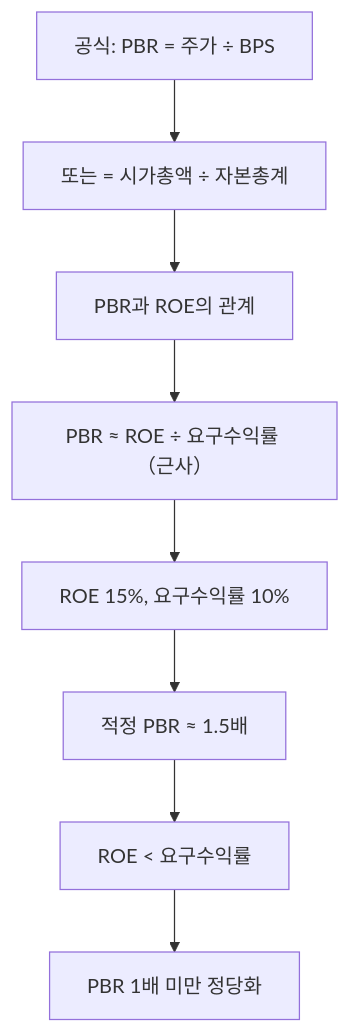
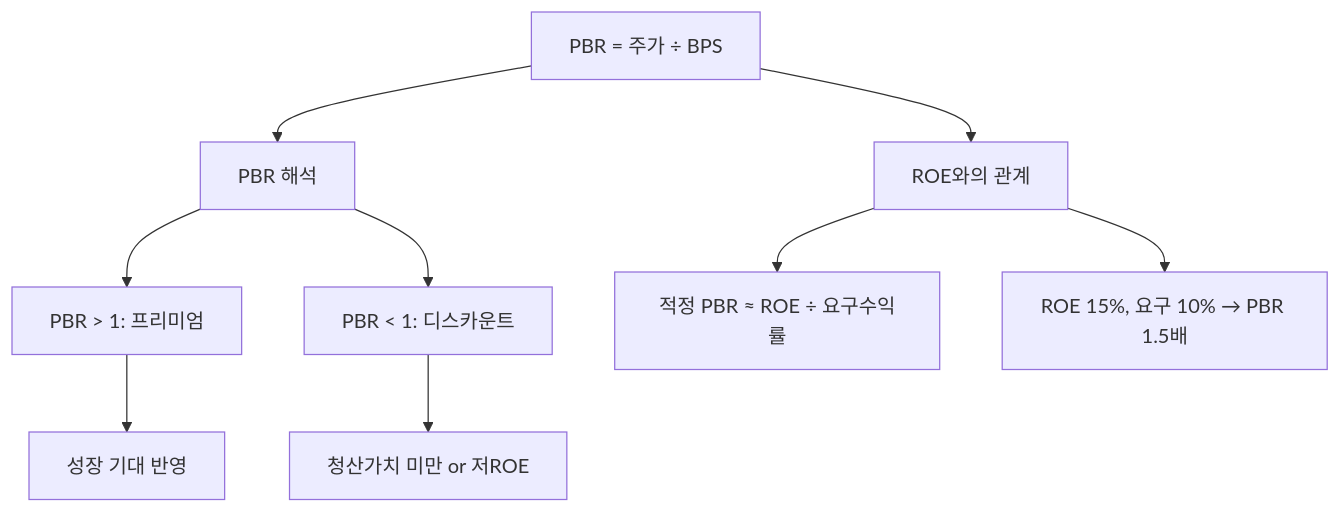
Before and after one commit to yeongseon/stock-visual-note: the diagram in content/stock-terms/ko/level-05-valuation/pbr.md, drawn with Mermaid. The commit also changed other lines of this file and 96 other files, not shown here.

Commit message:
Rewrite all 98 remaining articles: branching Mermaid diagrams, natural search_intent, compelling seo_titles, clean descriptions

````diff
--- a/content/stock-terms/ko/level-05-valuation/pbr.md
+++ b/content/stock-terms/ko/level-05-valuation/pbr.md
@@ -39,18 +39,12 @@
 ```mermaid
 graph TD
-    N0["공식: PBR = 주가 ÷ BPS"]
-    N1["또는 = 시가총액 ÷ 자본총계"]
-    N2["PBR과 ROE의 관계"]
-    N3["PBR ≈ ROE ÷ 요구수익률 （근사）"]
-    N4["ROE 15%, 요구수익률 10%"]
-    N5["적정 PBR ≈ 1.5배"]
-    N6["ROE < 요구수익률"]
-    N7["PBR 1배 미만 정당화"]
-    N0 --> N1
-    N1 --> N2
-    N2 --> N3
-    N3 --> N4
-    N4 --> N5
-    N5 --> N6
-    N6 --> N7
+    A["PBR = 주가 ÷ BPS"]
+    A --> B["PBR 해석"]
+    A --> C["ROE와의 관계"]
+    B --> B1["PBR > 1: 프리미엄"]
+    B --> B2["PBR < 1: 디스카운트"]
+    B1 --> B1a["성장 기대 반영"]
+    B2 --> B2a["청산가치 미만 or 저ROE"]
+    C --> C1["적정 PBR ≈ ROE ÷ 요구수익률"]
+    C --> C2["ROE 15%, 요구 10% → PBR 1.5배"]
 ```
````
